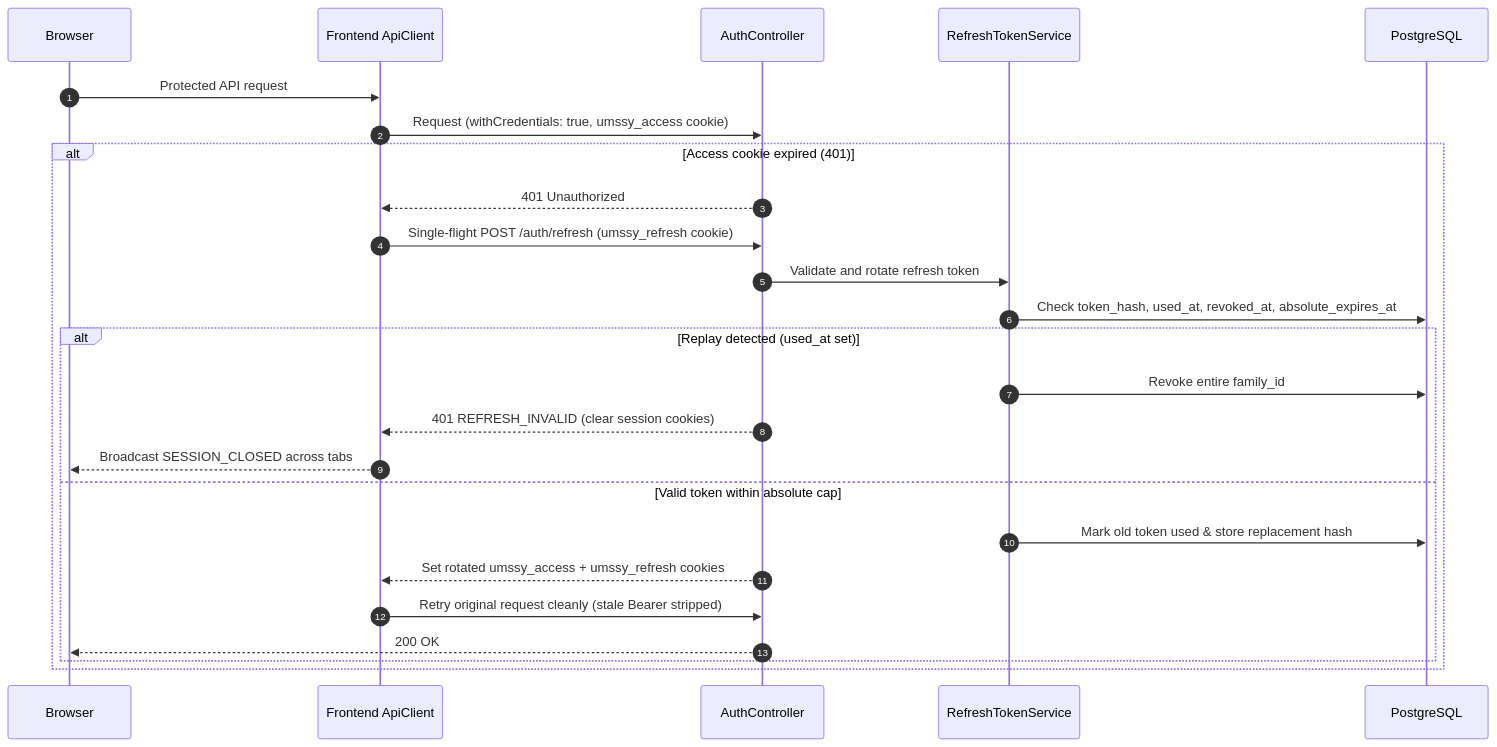
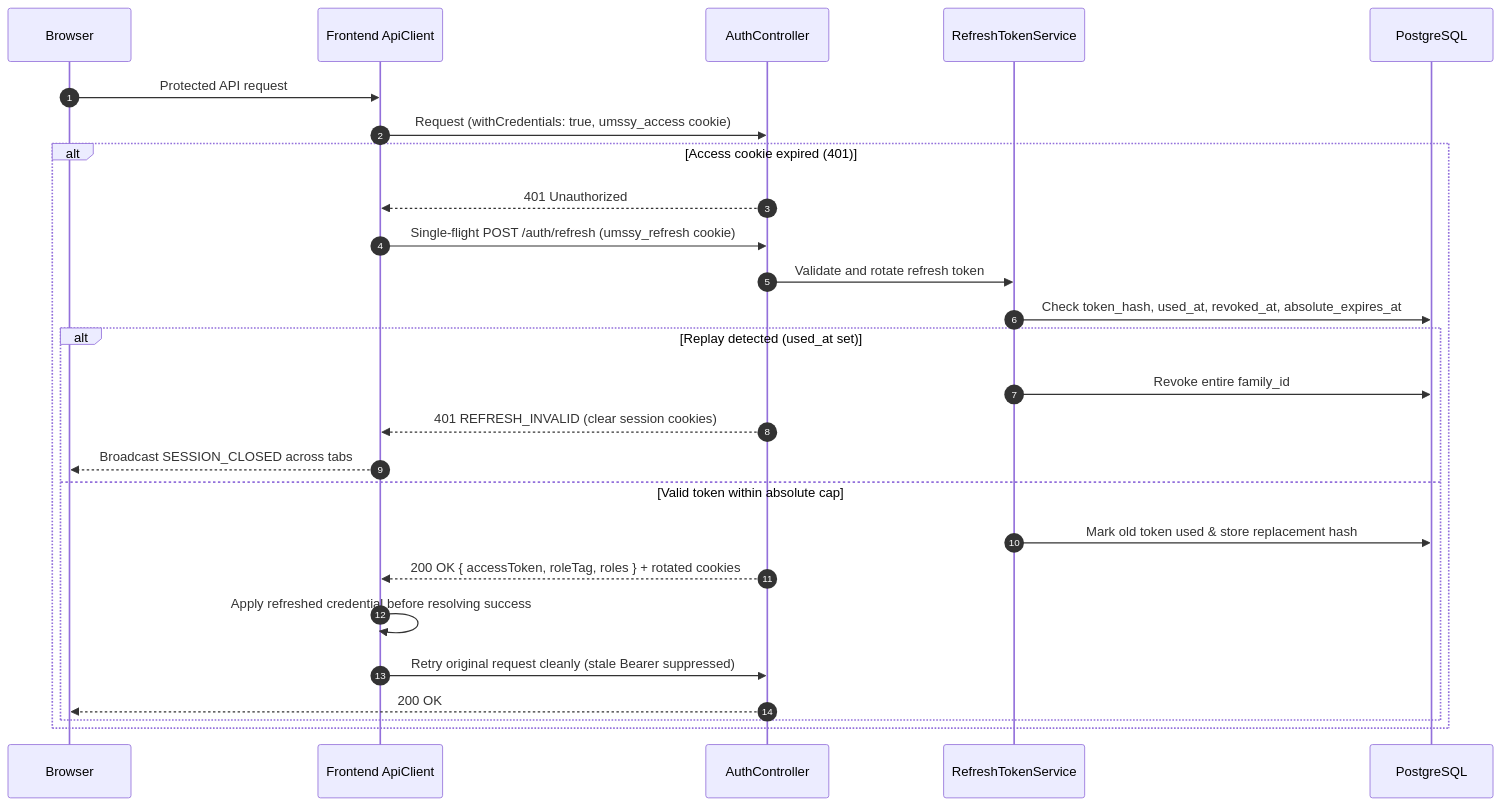
One commit to UMSSY/umssy-app changed the diagram in docs/auth/README.md. Above: the diagram before and after it, drawn with Mermaid. The commit also changed other lines of this file and 3 other files, not shown here.

Commit message:
docs: sync auth refresh behavior and company notification docs

````diff
--- a/docs/auth/README.md
+++ b/docs/auth/README.md
@@ -27,28 +27,29 @@
 ```mermaid
 sequenceDiagram
   autonumber
   participant Browser
   participant ApiClient as Frontend ApiClient
   participant AuthCtrl as AuthController
   participant RefreshSvc as RefreshTokenService
   participant DB as PostgreSQL
 
   Browser->>ApiClient: Protected API request
   ApiClient->>AuthCtrl: Request (withCredentials: true, umssy_access cookie)
   alt Access cookie expired (401)
     AuthCtrl-->>ApiClient: 401 Unauthorized
     ApiClient->>AuthCtrl: Single-flight POST /auth/refresh (umssy_refresh cookie)
     AuthCtrl->>RefreshSvc: Validate and rotate refresh token
     RefreshSvc->>DB: Check token_hash, used_at, revoked_at, absolute_expires_at
     alt Replay detected (used_at set)
       RefreshSvc->>DB: Revoke entire family_id
       AuthCtrl-->>ApiClient: 401 REFRESH_INVALID (clear session cookies)
       ApiClient-->>Browser: Broadcast SESSION_CLOSED across tabs
     else Valid token within absolute cap
       RefreshSvc->>DB: Mark old token used & store replacement hash
-      AuthCtrl-->>ApiClient: Set rotated umssy_access + umssy_refresh cookies
-      ApiClient->>AuthCtrl: Retry original request cleanly (stale Bearer stripped)
+      AuthCtrl-->>ApiClient: 200 OK { accessToken, roleTag, roles } + rotated cookies
+      ApiClient->>ApiClient: Apply refreshed credential before resolving success
+      ApiClient->>AuthCtrl: Retry original request cleanly (stale Bearer suppressed)
       AuthCtrl-->>Browser: 200 OK
     end
   end
 ```
````
